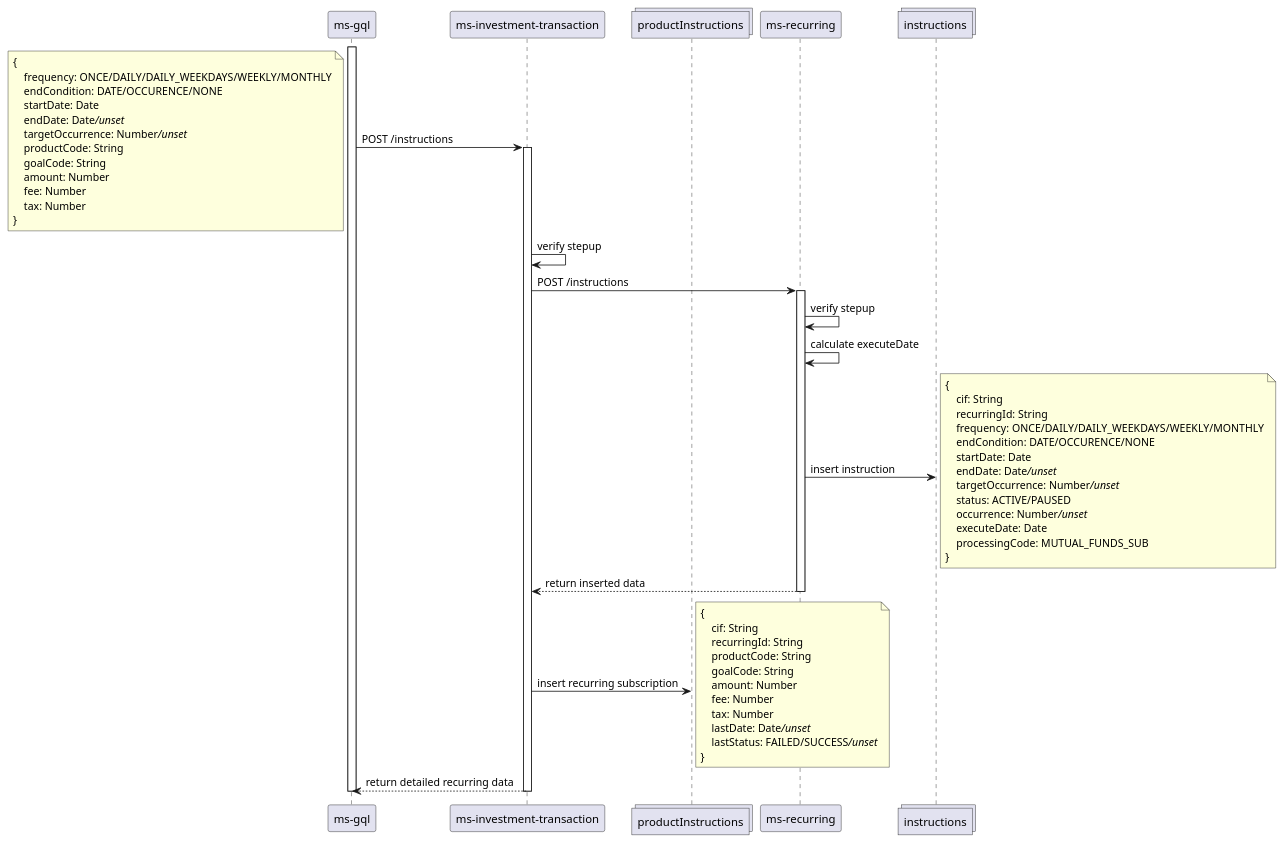
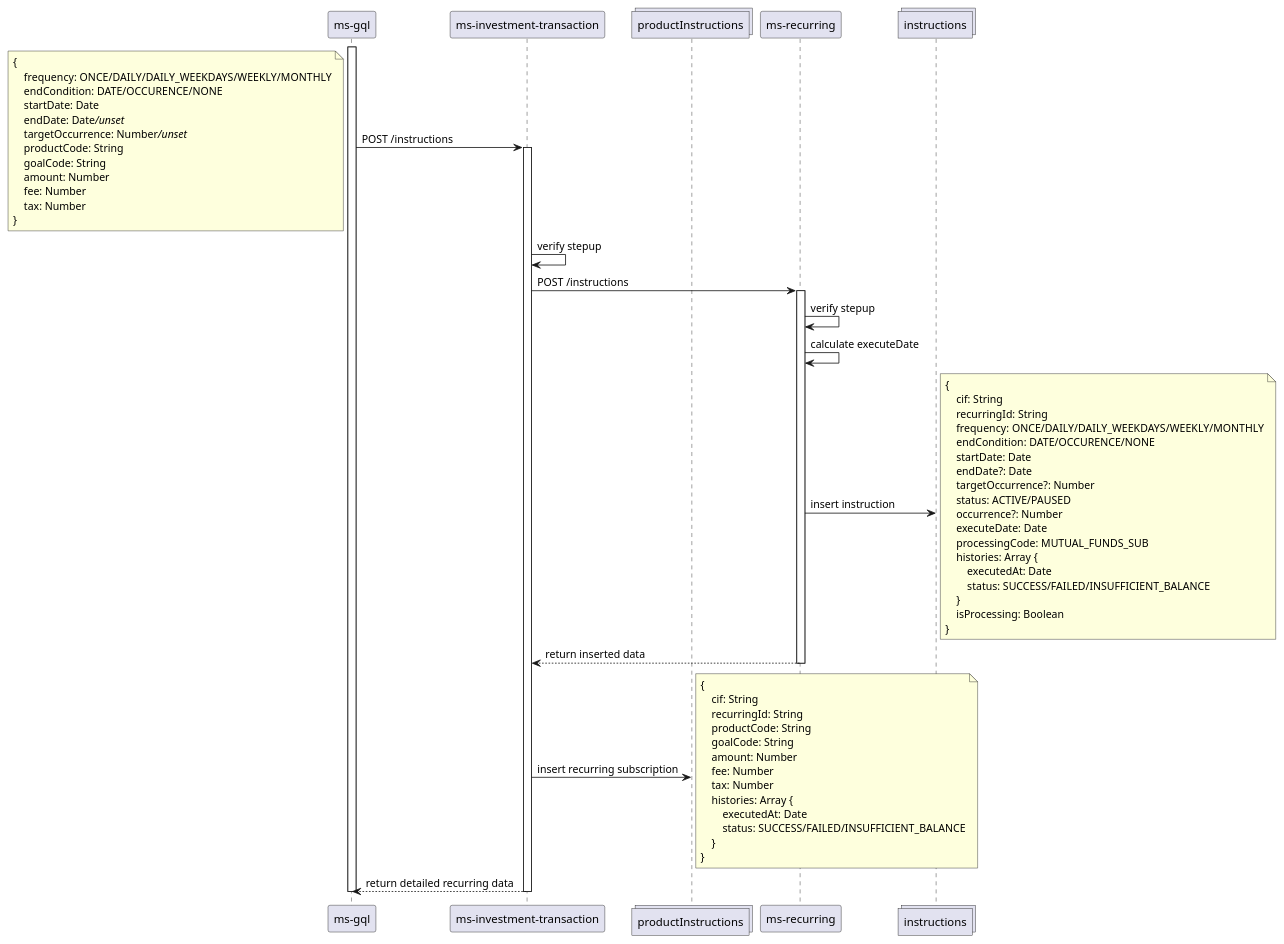
One commit to iksena/jenius-uml changed the diagram in mfRecurring.puml. Above: the diagram before and after it, drawn with PlantUML. The commit also changed 4 other files, not shown here.

```diff
--- a/mfRecurring.puml
+++ b/mfRecurring.puml
@@ -1,67 +1,74 @@
 @startuml mutual funds recurring
 
 participant "ms-gql" as mg
 participant "ms-investment-transaction" as mit
 collections "productInstructions" as recSubs
 participant "ms-recurring" as mr
 collections "instructions" as recs
 
 activate mg
 mg -> mit: POST /instructions
 note left
 { 
     frequency: ONCE/DAILY/DAILY_WEEKDAYS/WEEKLY/MONTHLY
     endCondition: DATE/OCCURENCE/NONE
     startDate: Date
     endDate: Date///unset//
     targetOccurrence: Number///unset//
     productCode: String
     goalCode: String
     amount: Number
     fee: Number
     tax: Number
 }
 end note
 activate mit
 mit -> mit: verify stepup
 mit -> mr: POST /instructions
 activate mr
 mr -> mr: verify stepup
 mr -> mr: calculate executeDate
 mr -> recs: insert instruction
 note right
 { 
     cif: String
     recurringId: String
     frequency: ONCE/DAILY/DAILY_WEEKDAYS/WEEKLY/MONTHLY
     endCondition: DATE/OCCURENCE/NONE
     startDate: Date
-    endDate: Date///unset//
-    targetOccurrence: Number///unset//
+    endDate?: Date
+    targetOccurrence?: Number
     status: ACTIVE/PAUSED
-    occurrence: Number///unset//
+    occurrence?: Number
     executeDate: Date
     processingCode: MUTUAL_FUNDS_SUB
+    histories: Array {
+        executedAt: Date
+        status: SUCCESS/FAILED/INSUFFICIENT_BALANCE
+    }
+    isProcessing: Boolean
 }
 end note
 mr --> mit: return inserted data
 deactivate mr
 mit-> recSubs: insert recurring subscription
 note right
 { 
     cif: String
     recurringId: String
     productCode: String
     goalCode: String
     amount: Number
     fee: Number
     tax: Number
-    lastDate: Date///unset//
-    lastStatus: FAILED/SUCCESS///unset//
+    histories: Array {
+        executedAt: Date
+        status: SUCCESS/FAILED/INSUFFICIENT_BALANCE
+    }
 }
 end note
 mit --> mg: return detailed recurring data
 deactivate mit
 deactivate mg
 
 @enduml
```
